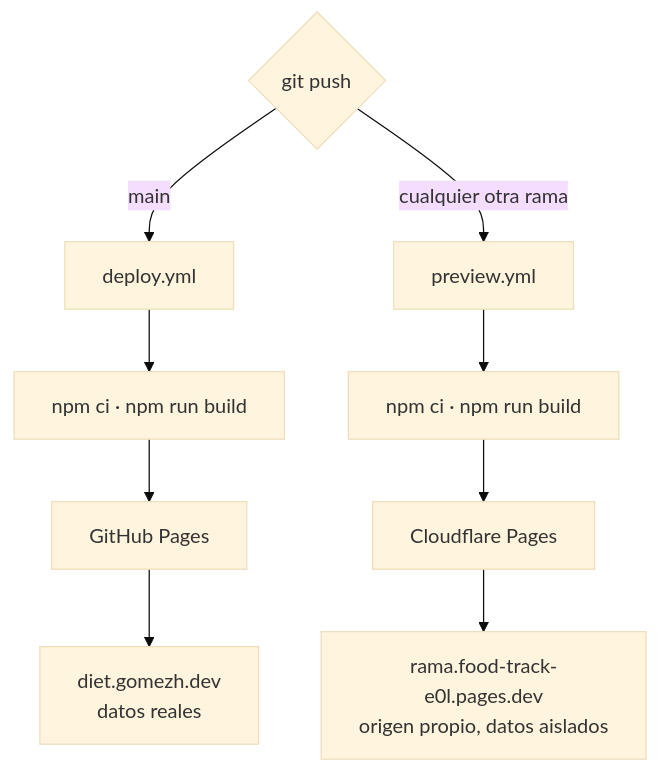
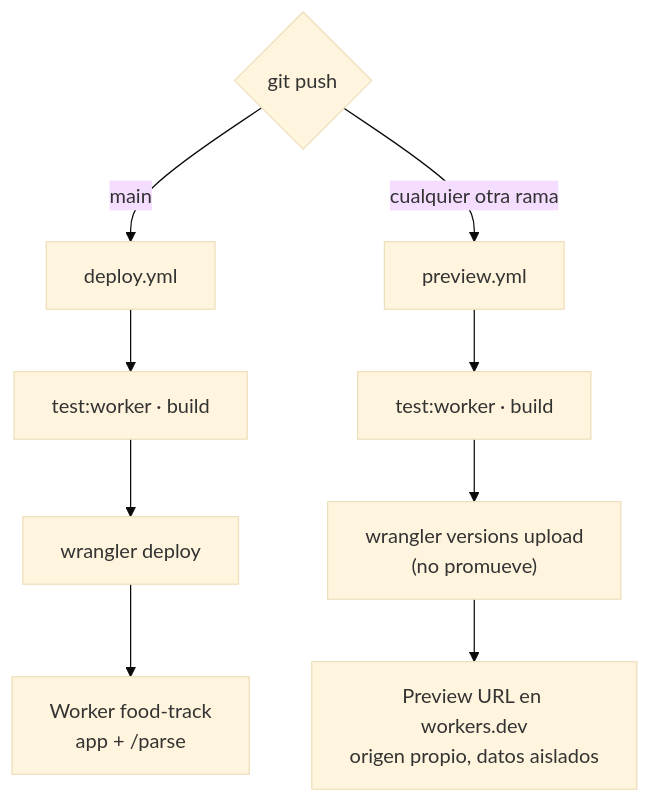
The seventh of 7 diagrams in docs/arquitectura.md (gomezhyuuga/food-track), drawn with Mermaid (base theme) before and after one commit. The commit also changed other lines of this file and 50 other files, not shown here.

````diff
--- a/docs/arquitectura.md
+++ b/docs/arquitectura.md
@@ -247,14 +252,14 @@
 ```mermaid
 flowchart TD
     push{"git push"}
     push -->|"main"| gha["deploy.yml"]
     push -->|"cualquier otra rama"| pv["preview.yml"]
 
-    gha --> b1["npm ci · npm run build"]
-    b1 --> pages["GitHub Pages"]
-    pages --> live["diet.gomezh.dev<br/>datos reales"]
+    gha --> b1["test:worker · build"]
+    b1 --> dep["wrangler deploy"]
+    dep --> live["Worker food-track<br/>app + /parse"]
 
-    pv --> b2["npm ci · npm run build"]
-    b2 --> cf["Cloudflare Pages"]
-    cf --> prev["rama.food-track-e0l.pages.dev<br/>origen propio, datos aislados"]
+    pv --> b2["test:worker · build"]
+    b2 --> ver["wrangler versions upload<br/>(no promueve)"]
+    ver --> prev["Preview URL en workers.dev<br/>origen propio, datos aislados"]
 ```
````
